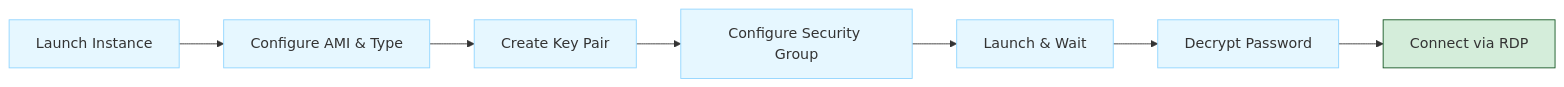
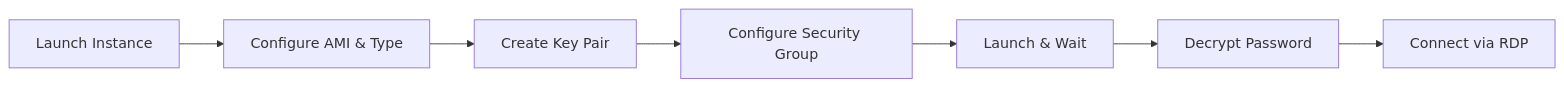
One commit to sujith-eag/sujith-library changed the second of 2 diagrams in docs/dev-cloud/cclab/lab_5.md. Above: the diagram before and after it, drawn with Mermaid. The commit also changed other lines of this file and 41 other files, not shown here.

First line of the commit message:
Refactor diagrams and remove redundant styles in documentation

````diff
--- a/docs/dev-cloud/cclab/lab_5.md
+++ b/docs/dev-cloud/cclab/lab_5.md
@@ -125,15 +113,9 @@
 ```mermaid
 flowchart LR
     Launch[Launch Instance] --> Config[Configure AMI & Type]
     Config --> Key[Create Key Pair]
     Key --> Security[Configure Security Group]
     Security --> Run[Launch & Wait]
     Run --> Decrypt[Decrypt Password]
     Decrypt --> Connect[Connect via RDP]
-
-    classDef process fill:#e6f7ff,stroke:#91d5ff
-    classDef success fill:#d4edda,stroke:#155724
-
-    class Launch,Config,Key,Security,Run,Decrypt process
-    class Connect success
 ```
````
